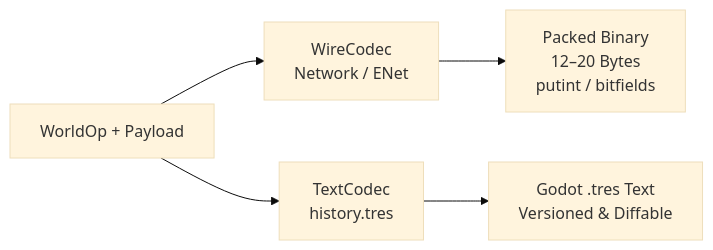
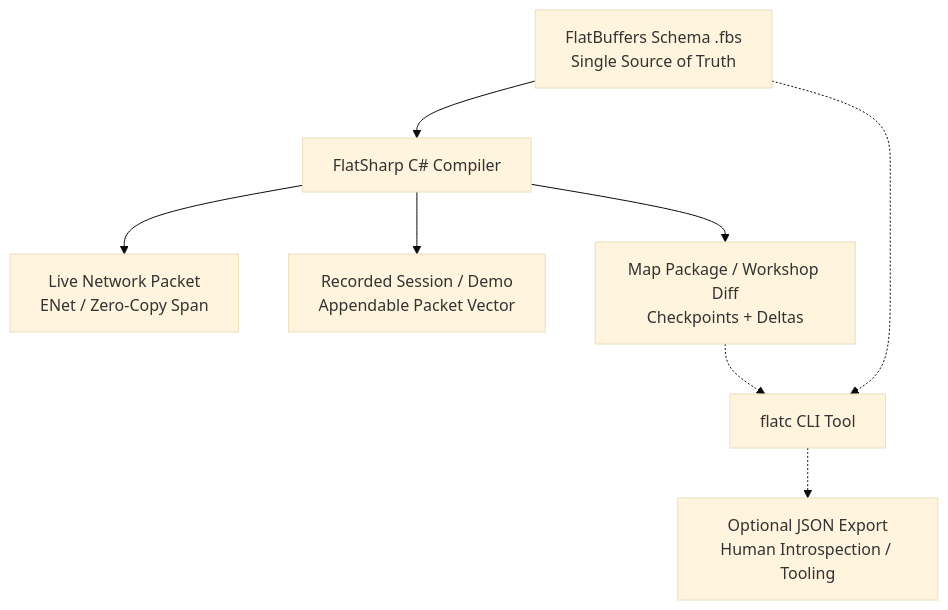
One commit to Fohlen/sauerbraten-revival changed the first of 3 diagrams in docs/adr/0008-reference-based-maps.md. Above: the diagram before and after it, drawn with Mermaid (base theme). The commit also changed other lines of this file and 1 other file, not shown here.

````diff
--- a/docs/adr/0008-reference-based-maps.md
+++ b/docs/adr/0008-reference-based-maps.md
@@ -110,8 +41,12 @@
 ```mermaid
-graph LR
-    Command[WorldOp + Payload] --> Wire[WireCodec<br>Network / ENet]
-    Command --> Text[TextCodec<br>history.tres]
-
-    Wire --> FastPacket[Packed Binary<br>12–20 Bytes<br>putint / bitfields]
-    Text --> GitText[Godot .tres Text<br>Versioned & Diffable]
+graph TD
+    FBS[FlatBuffers Schema .fbs<br>Single Source of Truth] --> FlatSharp[FlatSharp C# Compiler]
+    
+    FlatSharp --> Wire[Live Network Packet<br>ENet / Zero-Copy Span]
+    FlatSharp --> Rec[Recorded Session / Demo<br>Appendable Packet Vector]
+    FlatSharp --> MapPkg[Map Package / Workshop Diff<br>Checkpoints + Deltas]
+    
+    FBS -.-> flatc[flatc CLI Tool]
+    MapPkg -.-> flatc
+    flatc -.-> JSON[Optional JSON Export<br>Human Introspection / Tooling]
 ```
````
